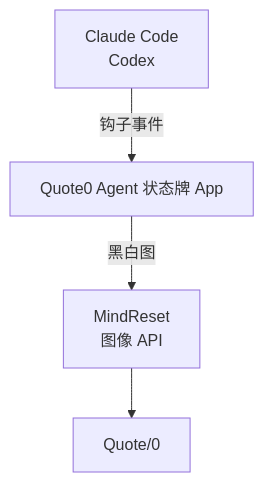
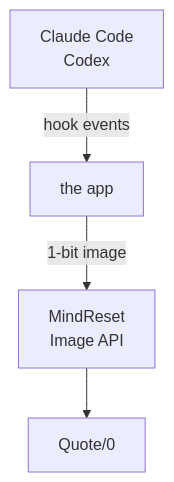
Before and after one commit to realruian/quote0-agent-board: the diagram in README.md, drawn with Mermaid. The commit also changed other lines of this file and 2 other files, not shown here.

````diff
--- a/README.md
+++ b/README.md
@@ -76,6 +79,6 @@
 ```mermaid
 flowchart TB
-    A["Claude Code<br>Codex"] -- "钩子事件" --> C["Quote0 Agent 状态牌 App"]
-    C -- "黑白图" --> D["MindReset<br>图像 API"]
+    A["Claude Code<br>Codex"] -- "hook events" --> C["the app"]
+    C -- "1-bit image" --> D["MindReset<br>Image API"]
     D --> E["Quote/0"]
 ```
````
